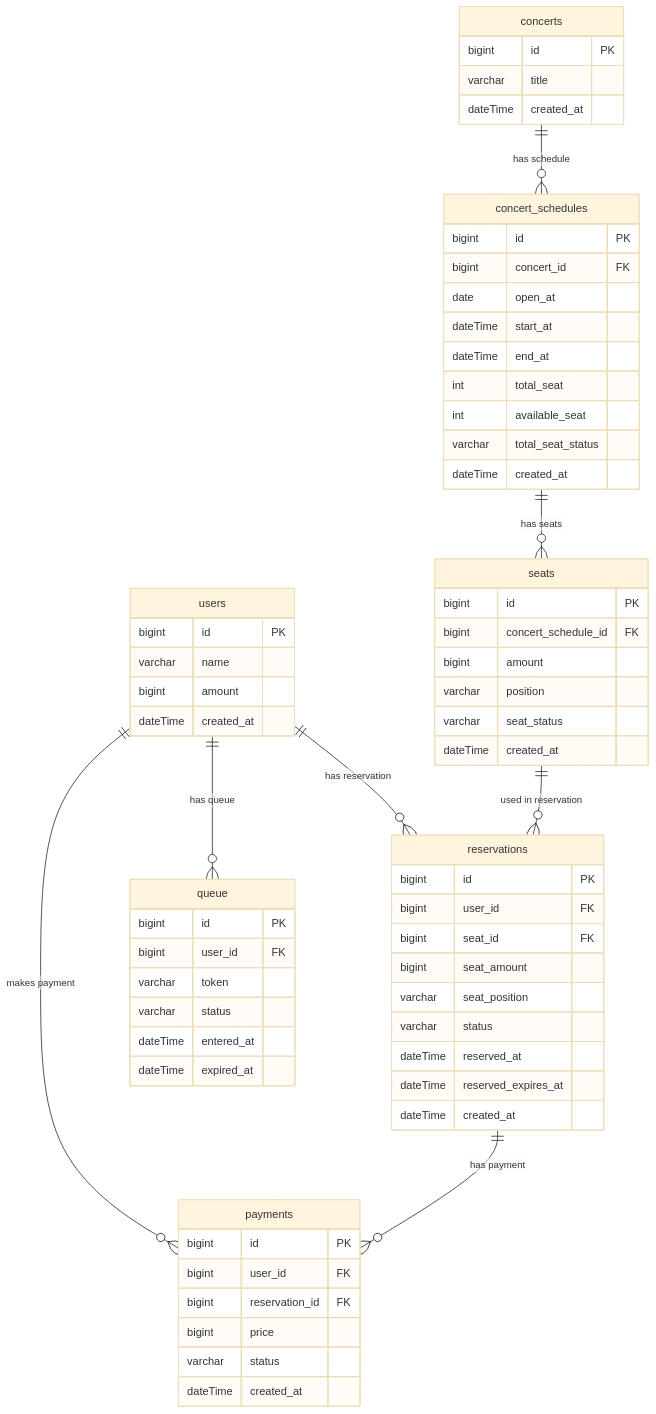
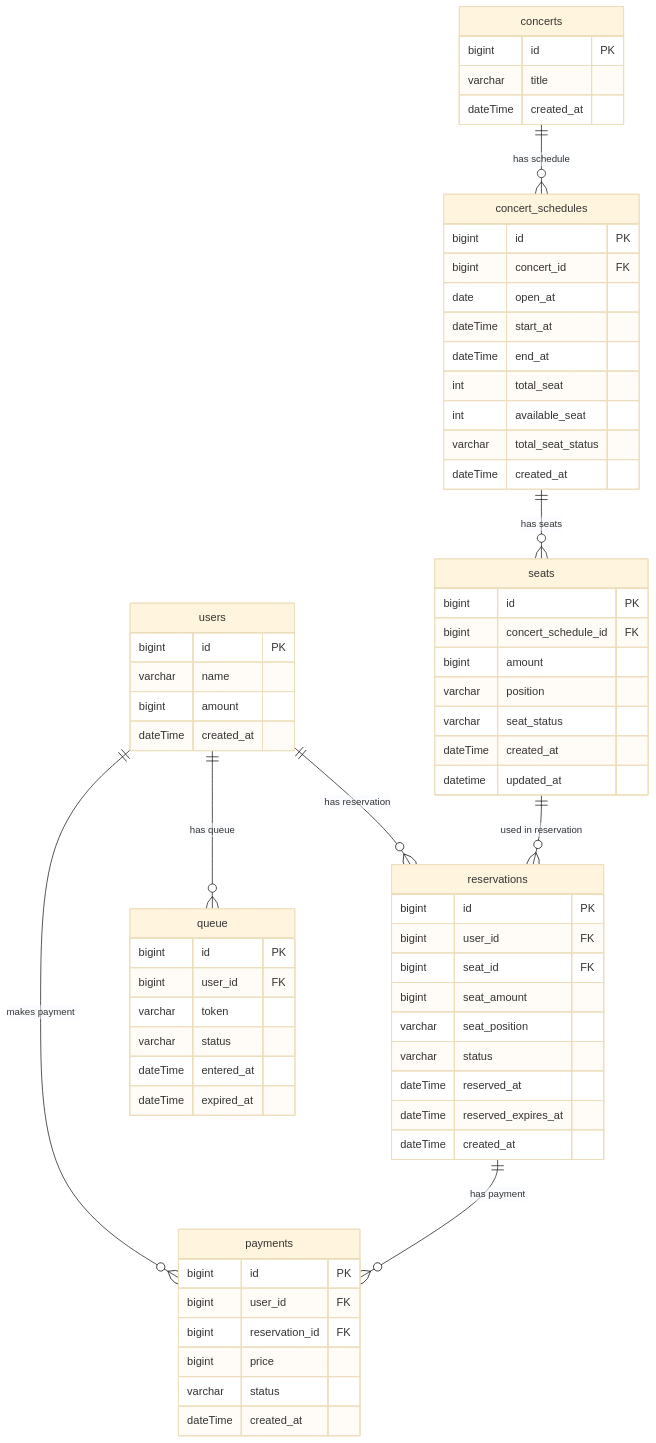
One commit to JEONGBEOMKO/hhplus-concert changed the diagram in hhplus-concert/src/docs/erd.md. Above: the diagram before and after it, drawn with Mermaid (base theme).

```diff
--- a/hhplus-concert/src/docs/erd.md
+++ b/hhplus-concert/src/docs/erd.md
@@ -36,6 +36,7 @@
         varchar position
         varchar seat_status
         dateTime created_at
+        datetime updated_at
     }
 
 %% reservations 테이블: 예약 정보 관리
```
